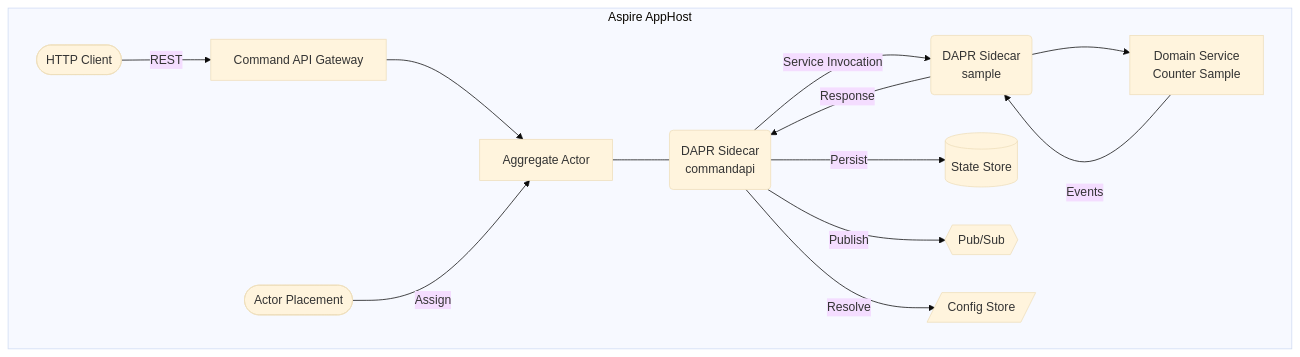
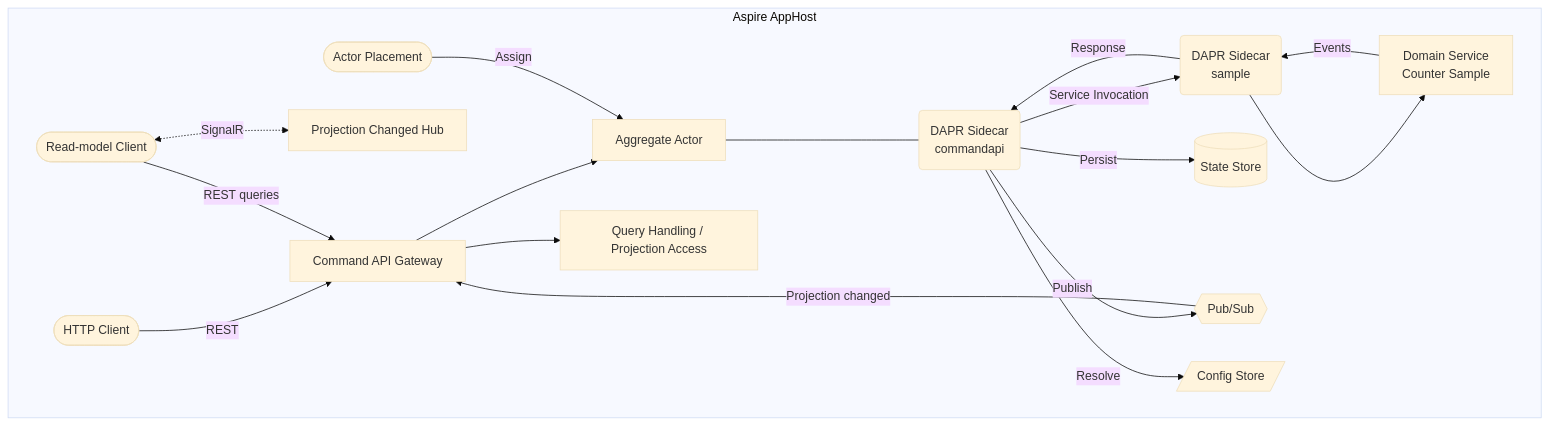
The first of 2 diagrams in docs/concepts/architecture-overview.md (Hexalith/Hexalith.EventStore), drawn with Mermaid (base theme) before and after one commit. The commit also changed other lines of this file and 18 other files, not shown here.

First line of the commit message:
Add Query & Projection API documentation, implement MessageType and KebabConverter

````diff
--- a/docs/concepts/architecture-overview.md
+++ b/docs/concepts/architecture-overview.md
@@ -19,25 +19,32 @@
 ```mermaid
 flowchart TB
     Client([HTTP Client])
+    ReadClient([Read-model Client])
 
     subgraph AppHost["Aspire AppHost"]
         CommandApi[Command API Gateway]
         CmdSidecar(DAPR Sidecar<br/>commandapi)
         Sample[Domain Service<br/>Counter Sample]
         SampleSidecar(DAPR Sidecar<br/>sample)
         Actor[Aggregate Actor]
+        Query[Query Handling / Projection Access]
+        SignalRHub[Projection Changed Hub]
         Placement([Actor Placement])
 
         Client -->|REST| CommandApi
+        ReadClient -->|REST queries| CommandApi
+        ReadClient <-.->|SignalR| SignalRHub
         CommandApi --> Actor
+        CommandApi --> Query
         Actor --- CmdSidecar
         CmdSidecar -->|Service Invocation| SampleSidecar
         SampleSidecar --> Sample
         Sample -->|Events| SampleSidecar
         SampleSidecar -->|Response| CmdSidecar
         CmdSidecar -->|Persist| StateStore[(State Store)]
         CmdSidecar -->|Publish| PubSub{{Pub/Sub}}
+        PubSub -->|Projection changed| CommandApi
         CmdSidecar -->|Resolve| ConfigStore[/Config Store/]
         Placement -->|Assign| Actor
     end
 ```
````
